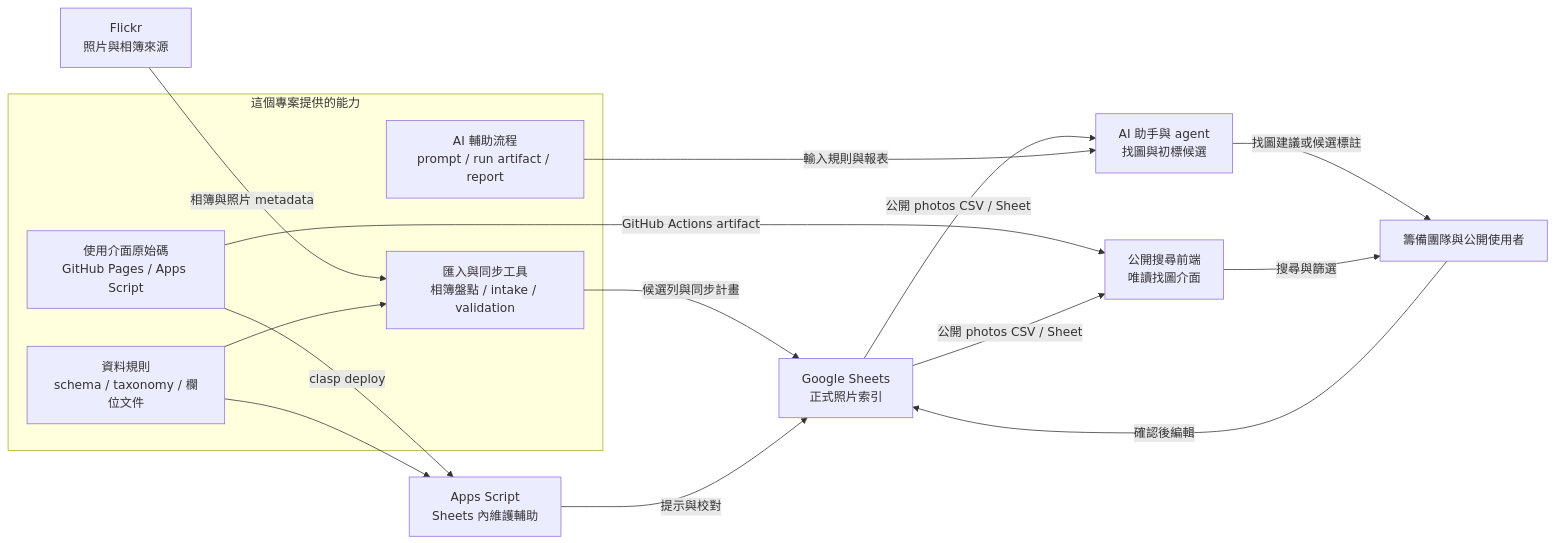
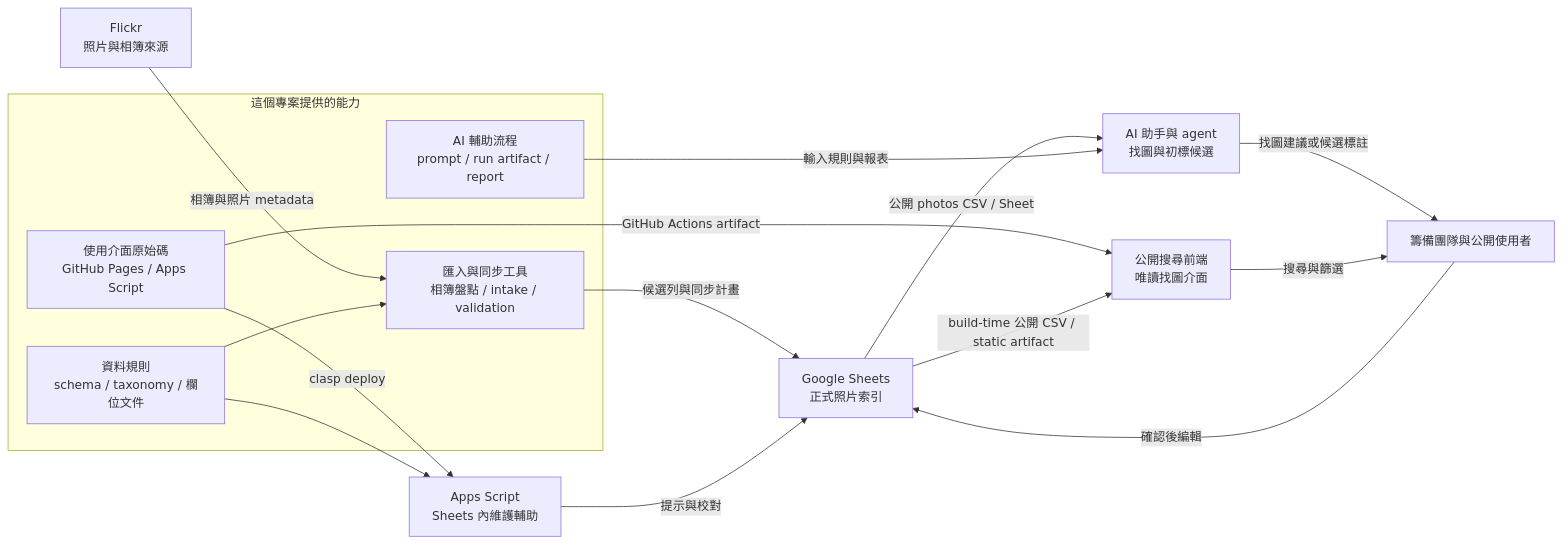
Before and after one commit to sitcon-tw/flickr-photo-finder: the diagram in docs/project-architecture.md, drawn with Mermaid. The commit also changed 2 other files, not shown here.

Commit message:
docs: document static sharded Pages data

````diff
--- a/docs/project-architecture.md
+++ b/docs/project-architecture.md
@@ -26,30 +26,30 @@
 ```mermaid
 flowchart LR
   Flickr[Flickr<br/>照片與相簿來源]
   Sheets[Google Sheets<br/>正式照片索引]
   AppsScript[Apps Script<br/>Sheets 內維護輔助]
   Pages[公開搜尋前端<br/>唯讀找圖介面]
   AI[AI 助手與 agent<br/>找圖與初標候選]
   Users[籌備團隊與公開使用者]
 
   subgraph Project[這個專案提供的能力]
     Rules[資料規則<br/>schema / taxonomy / 欄位文件]
     Intake[匯入與同步工具<br/>相簿盤點 / intake / validation]
     Interfaces[使用介面原始碼<br/>GitHub Pages / Apps Script]
     AIGuide[AI 輔助流程<br/>prompt / run artifact / report]
   end
 
   Flickr -->|相簿與照片 metadata| Intake
   Rules --> Intake
   Intake -->|候選列與同步計畫| Sheets
   Interfaces -->|clasp deploy| AppsScript
   Interfaces -->|GitHub Actions artifact| Pages
   Rules --> AppsScript
   AppsScript -->|提示與校對| Sheets
-  Sheets -->|公開 photos CSV / Sheet| Pages
+  Sheets -->|build-time 公開 CSV / static artifact| Pages
   Sheets -->|公開 photos CSV / Sheet| AI
   AIGuide -->|輸入規則與報表| AI
   AI -->|找圖建議或候選標註| Users
   Pages -->|搜尋與篩選| Users
   Users -->|確認後編輯| Sheets
 ```
````
